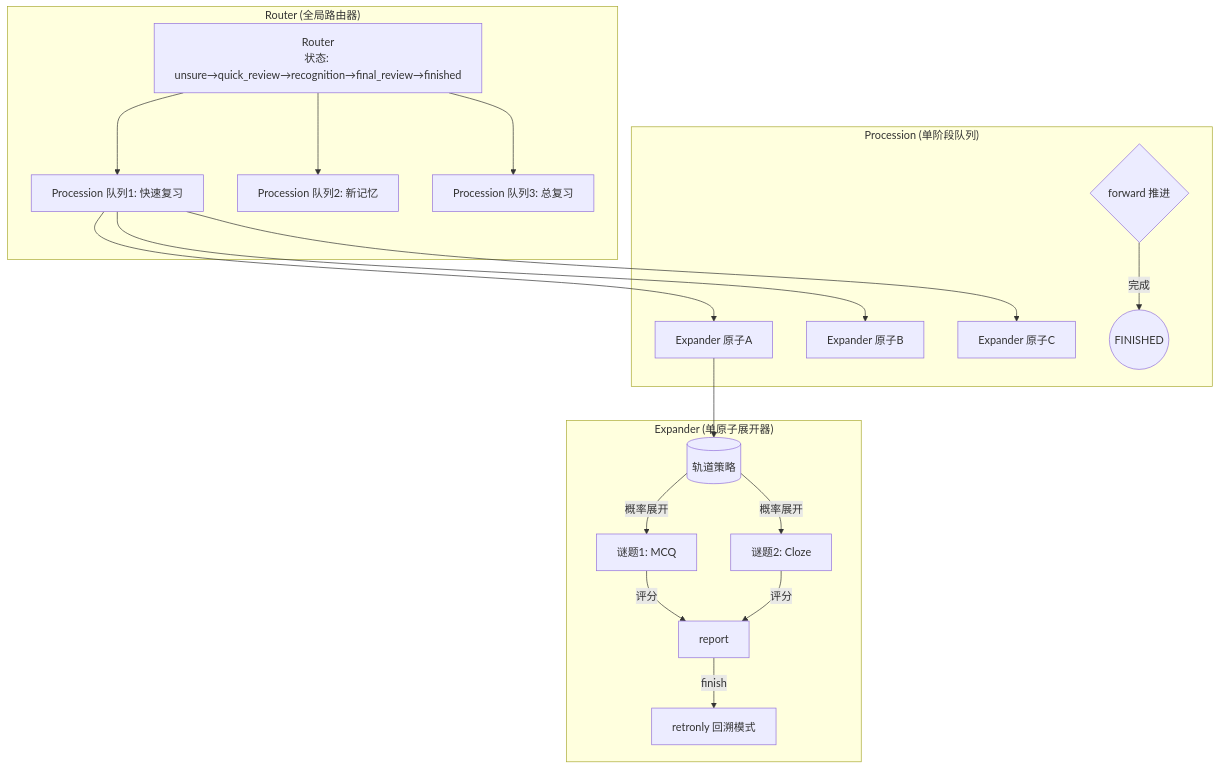
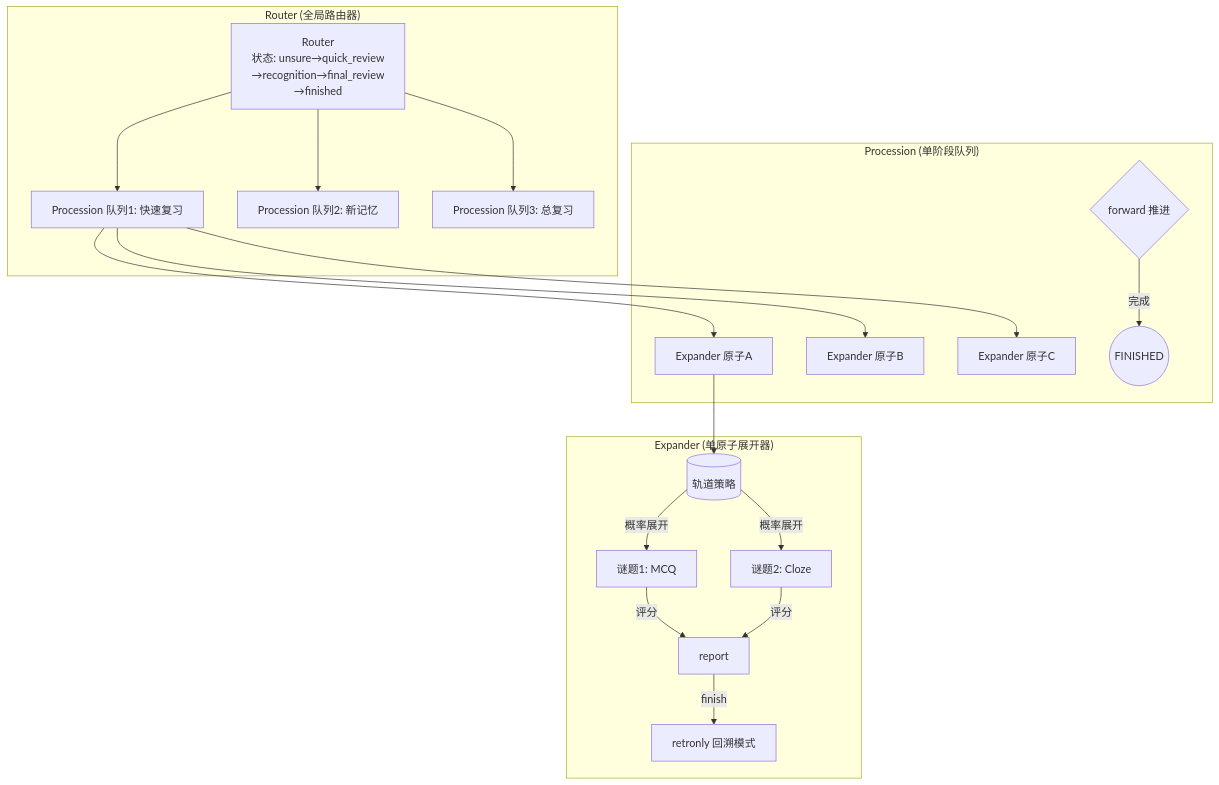
Before and after one commit to pluvium27/HeurAMS: the third of 5 diagrams in ARCHITECTURE.md, drawn with Mermaid. The commit also changed other lines of this file and 10 other files, not shown here.

````diff
--- a/ARCHITECTURE.md
+++ b/ARCHITECTURE.md
@@ -162,28 +159,28 @@
 ```mermaid
 graph TB
     subgraph "Router (全局路由器)"
-        R[Router<br/>状态: unsure→quick_review→recognition→final_review→finished]
+        R[Router<br/>状态: unsure→quick_review<br/>→recognition→final_review<br/>→finished]
         P1[Procession 队列1: 快速复习]
         P2[Procession 队列2: 新记忆]
         P3[Procession 队列3: 总复习]
         R --> P1
         R --> P2
         R --> P3
     end
 
     subgraph "Procession (单阶段队列)"
         P1 --> E1[Expander 原子A]
         P1 --> E2[Expander 原子B]
         P1 --> E3[Expander 原子C]
         M{forward 推进} --> |完成| Finish((FINISHED))
     end
 
     subgraph "Expander (单原子展开器)"
         E1 --> S[(轨道策略)]
         S -->|概率展开| PZ1[谜题1: MCQ]
         S -->|概率展开| PZ2[谜题2: Cloze]
         PZ1 -->|评分| RPT[report]
         PZ2 -->|评分| RPT
         RPT -->|finish| RETRO[retronly 回溯模式]
     end
 ```
````
